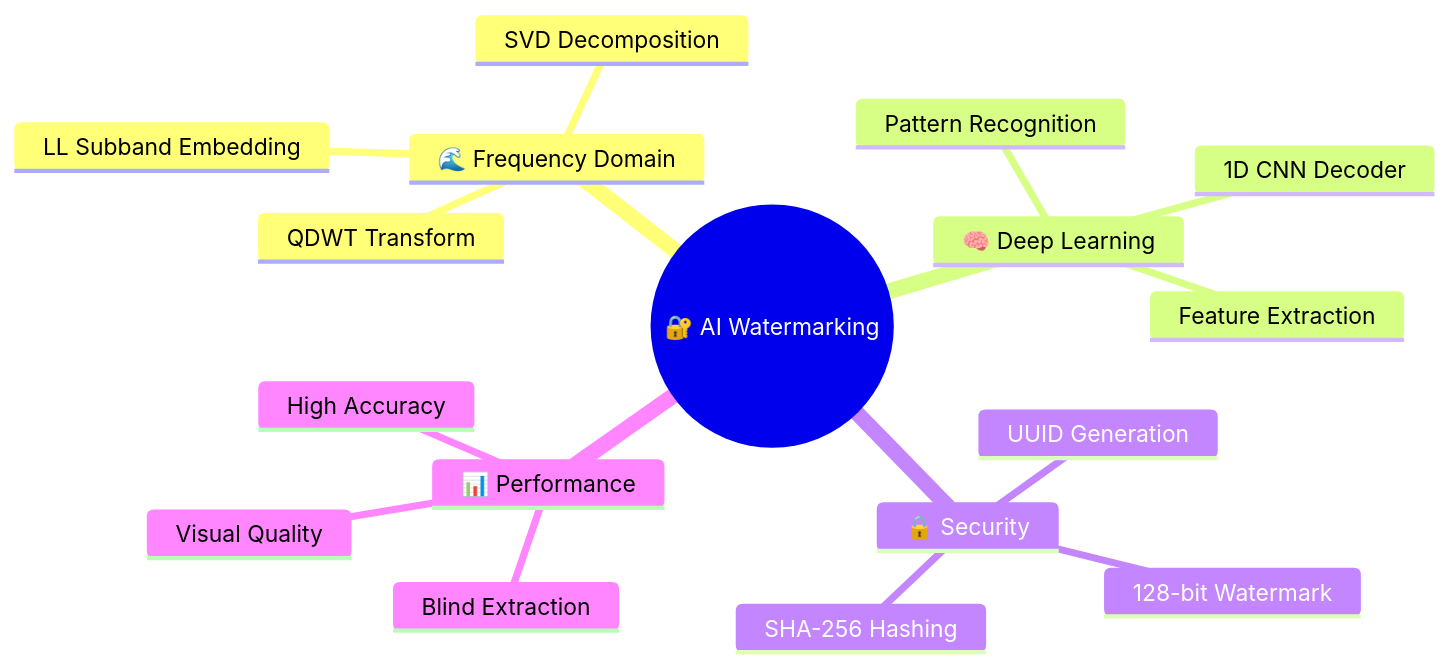
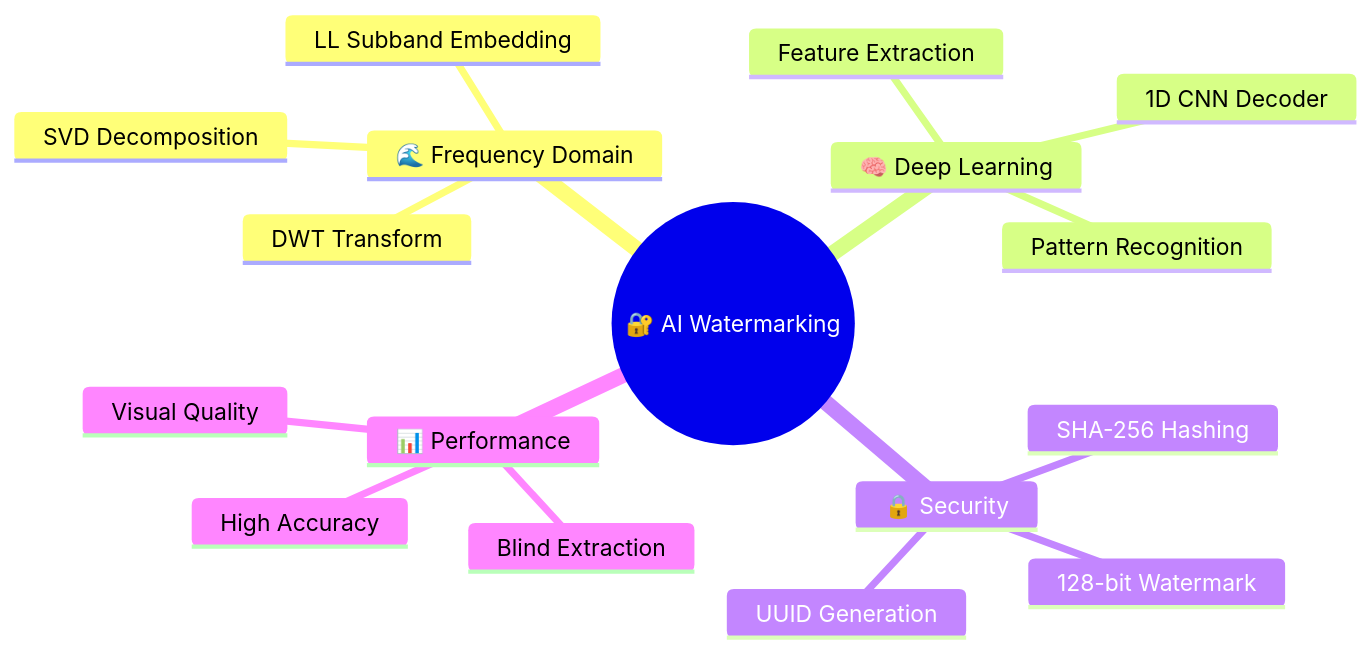
The first of 2 diagrams in README.md (Nupurpusha/Invisible-Watermarking), drawn with Mermaid before and after one commit.

Commit message:
Update QDWT to DWT in AI Watermarking section

````diff
--- a/README.md
+++ b/README.md
@@ -79,20 +79,20 @@
 ```mermaid
 mindmap
   root((🔐 AI Watermarking))
     🌊 Frequency Domain
-      QDWT Transform
+      DWT Transform
       SVD Decomposition
       LL Subband Embedding
     🧠 Deep Learning
       1D CNN Decoder
       Feature Extraction
       Pattern Recognition
     🔒 Security
       128-bit Watermark
       UUID Generation
       SHA-256 Hashing
     📊 Performance
       Blind Extraction
       High Accuracy
       Visual Quality
 ```
````
